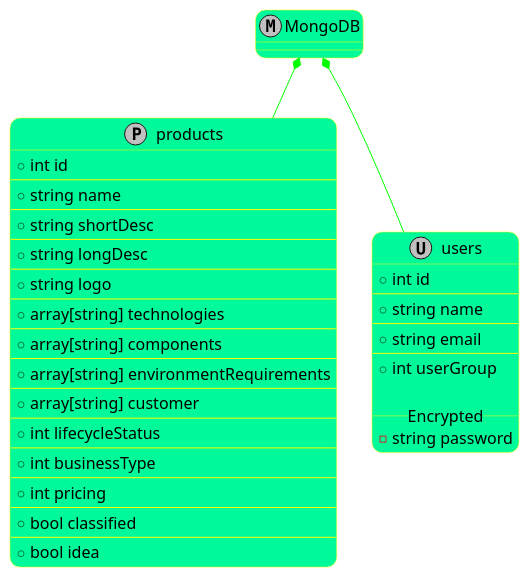
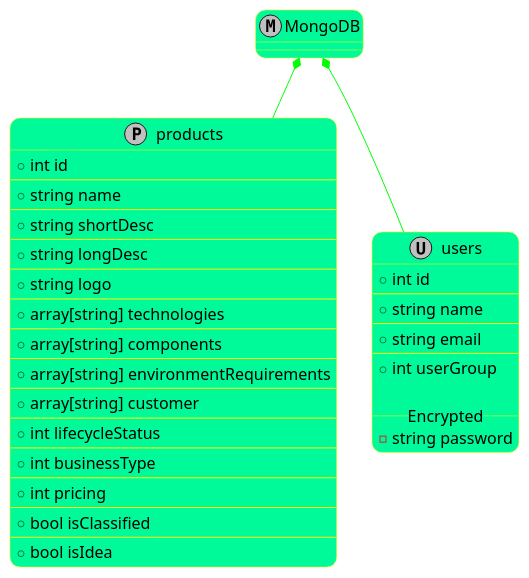
One commit to martimik/TuHlaRi-core changed the eighth of 8 diagrams in dokumentit/02-vaatimusmaarittely/vaatimusmaarittely.md. Above: the diagram before and after it, drawn with PlantUML.

````diff
--- a/dokumentit/02-vaatimusmaarittely/vaatimusmaarittely.md
+++ b/dokumentit/02-vaatimusmaarittely/vaatimusmaarittely.md
@@ -431,71 +431,71 @@
 ```plantuml
 skinparam roundcorner 20
 skinparam sequence {
 	ArrowColor GreenYellow
 	ActorBorderColor GreenYellow
 	ActorBackgroundColor SpringGreen
 	ActorFontColor Black
 	ActorFontSize 17
 	ActorFontName Aapex
 }
 
 skinparam class {
 	BackgroundColor MediumSpringGreen
 	BorderColor Yellow
 
 	ArrowColor Lime
 	ActorBorderColor black
 	ActorFontName Courier
 	FontSize 20
 	AttributeFontSize 16
 }
 
 MongoDB *-- products
 MongoDB *-- users
 
 class MongoDB << (M, Silver) >>
 
 class products << (P, Silver) >> {
  +int id
 --
  +string name
 --
  +string shortDesc
 --
  +string longDesc
 --
  +string logo
 --
  +array[string] technologies
 --
  +array[string] components
 --
  +array[string] environmentRequirements
 --
  +array[string] customer
 --
  +int lifecycleStatus
 --
  +int businessType
 --
  +int pricing
 --
- +bool classified
+ +bool isClassified
 --
- +bool idea
+ +bool isIdea
 }
 
 class users << (U, Silver) >> {
   +int id
 --
   +string name
 --
   +string email
 --
   +int userGroup
 
 __ Encrypted __
   -string password
 }
 
 ```
````
